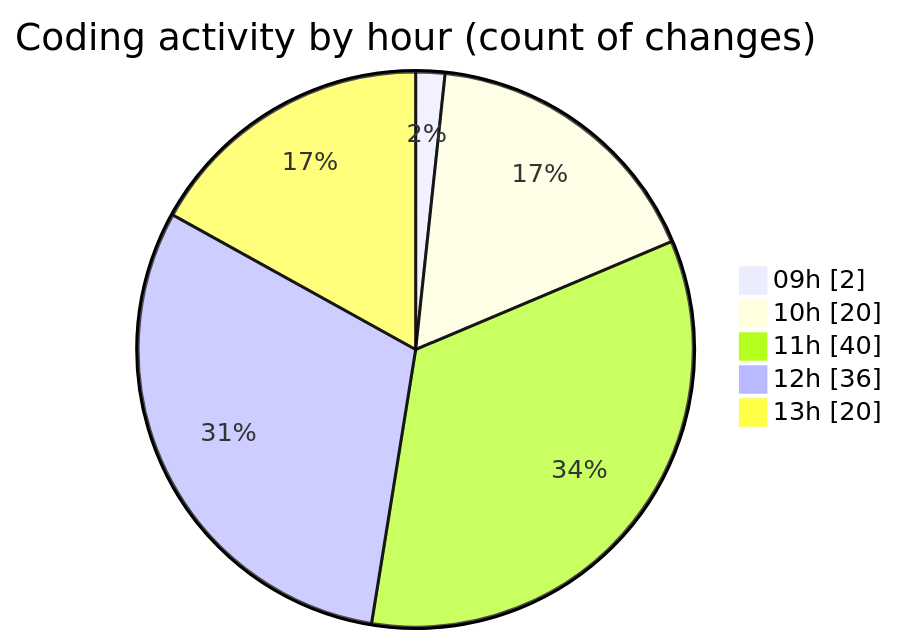
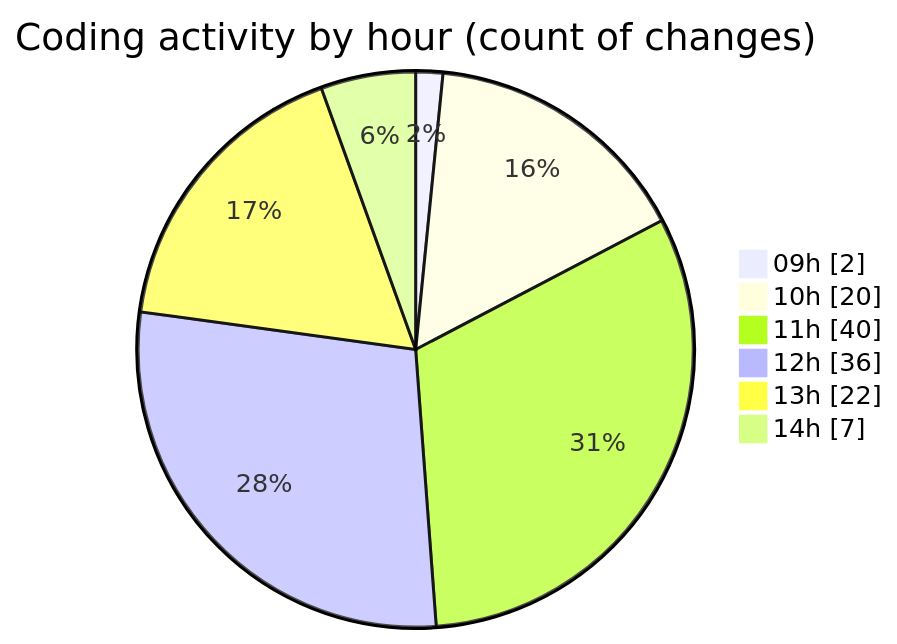
Before and after one commit to momahboobian/code-tracking: the second of 2 diagrams in 2025-06-13/cda/README.md, drawn with Mermaid. The commit also changed other lines of this file and 1 other file, not shown here.

````diff
--- a/2025-06-13/cda/README.md
+++ b/2025-06-13/cda/README.md
@@ -36,9 +36,10 @@
 ```mermaid
 pie showData
 title Coding activity by hour (count of changes)
 "09h" : 2
 "10h" : 20
 "11h" : 40
 "12h" : 36
-"13h" : 20
+"13h" : 22
+"14h" : 7
 ```
````
